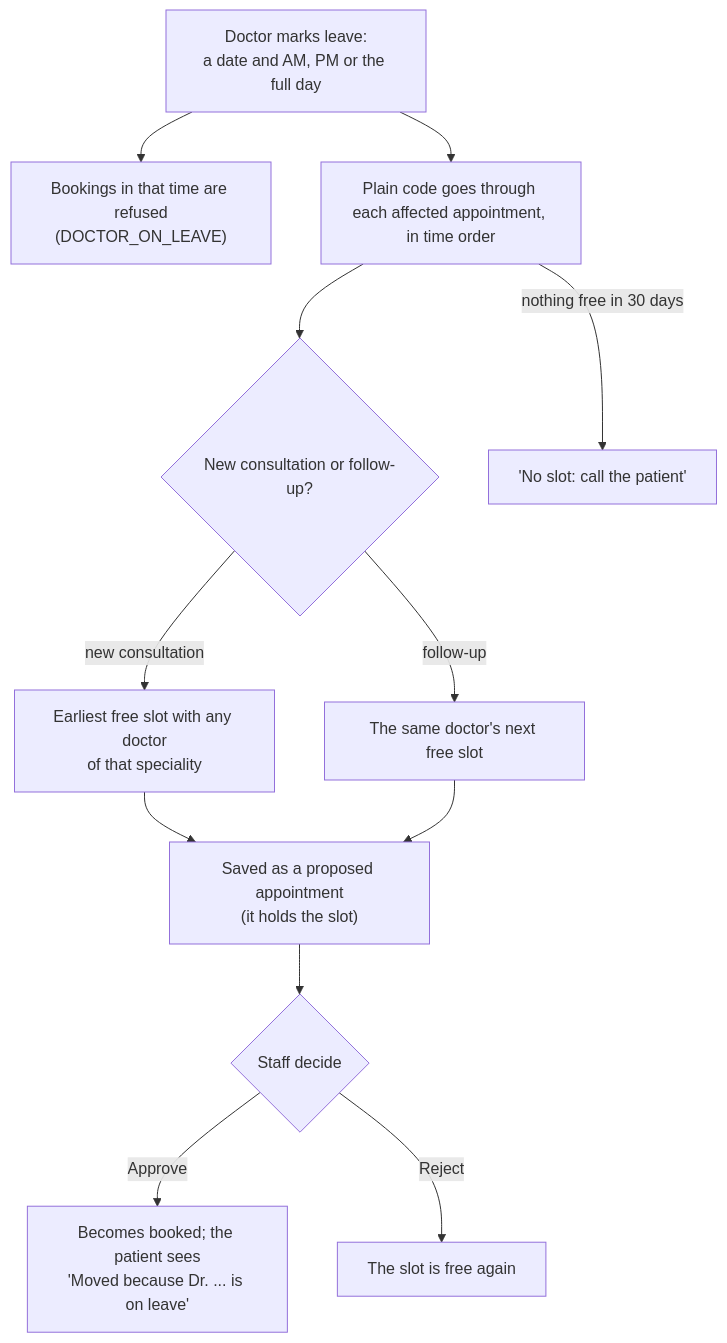
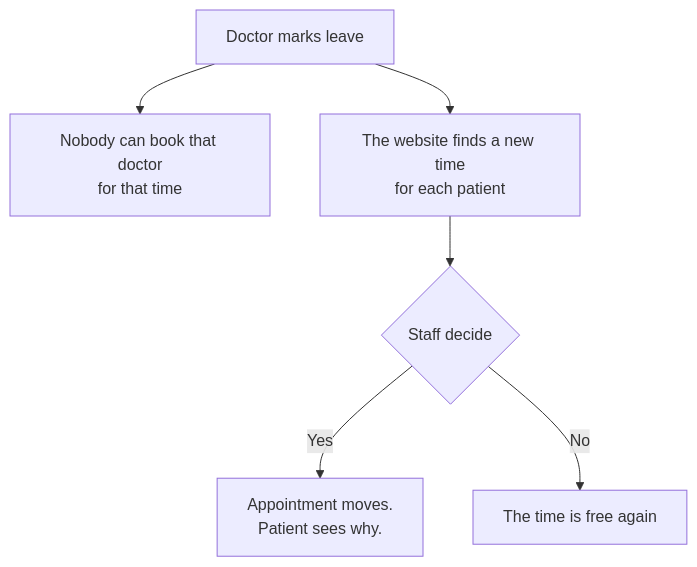
Before and after one commit to sanjana1925/netracare-iteration04: the fourth of 4 diagrams in README.md, drawn with Mermaid. The commit also changed other lines of this file, not shown here.

Commit message:
Make the README simpler: plain words first, developer reference at the end

````diff
--- a/README.md
+++ b/README.md
@@ -162,14 +121,8 @@
 ```mermaid
 flowchart TD
-    L1["Doctor marks leave:<br/>a date and AM, PM or the full day"] --> L2["Bookings in that time are refused<br/>(DOCTOR_ON_LEAVE)"]
-    L1 --> L3["Plain code goes through each affected appointment, in time order"]
-    L3 --> L4{"New consultation or follow-up?"}
-    L4 -->|"new consultation"| L5["Earliest free slot with any doctor<br/>of that speciality"]
-    L4 -->|"follow-up"| L6["The same doctor's next free slot"]
-    L5 --> L7["Saved as a proposed appointment<br/>(it holds the slot)"]
-    L6 --> L7
-    L7 --> L8{"Staff decide"}
-    L8 -->|Approve| L9["Becomes booked; the patient sees<br/>'Moved because Dr. ... is on leave'"]
-    L8 -->|Reject| L10["The slot is free again"]
-    L3 -->|"nothing free in 30 days"| L11["'No slot: call the patient'"]
+    A["Doctor marks leave"] --> B["Nobody can book that doctor<br/>for that time"]
+    A --> C["The website finds a new time<br/>for each patient"]
+    C --> D{"Staff decide"}
+    D -->|Yes| E["Appointment moves.<br/>Patient sees why."]
+    D -->|No| F["The time is free again"]
 ```
````
